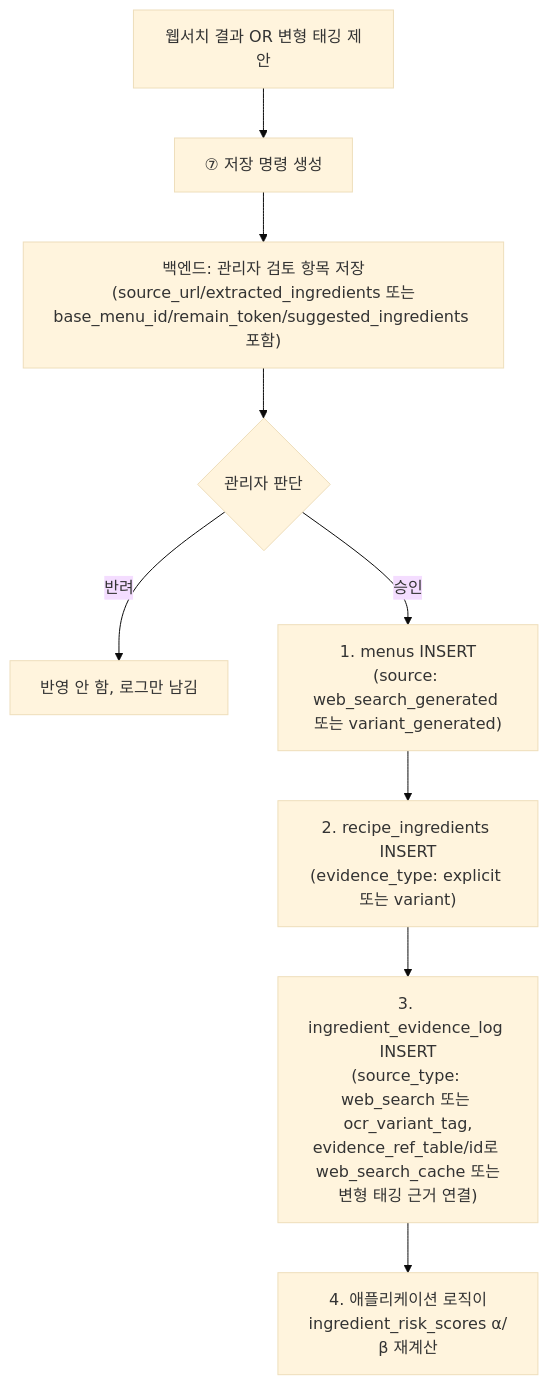
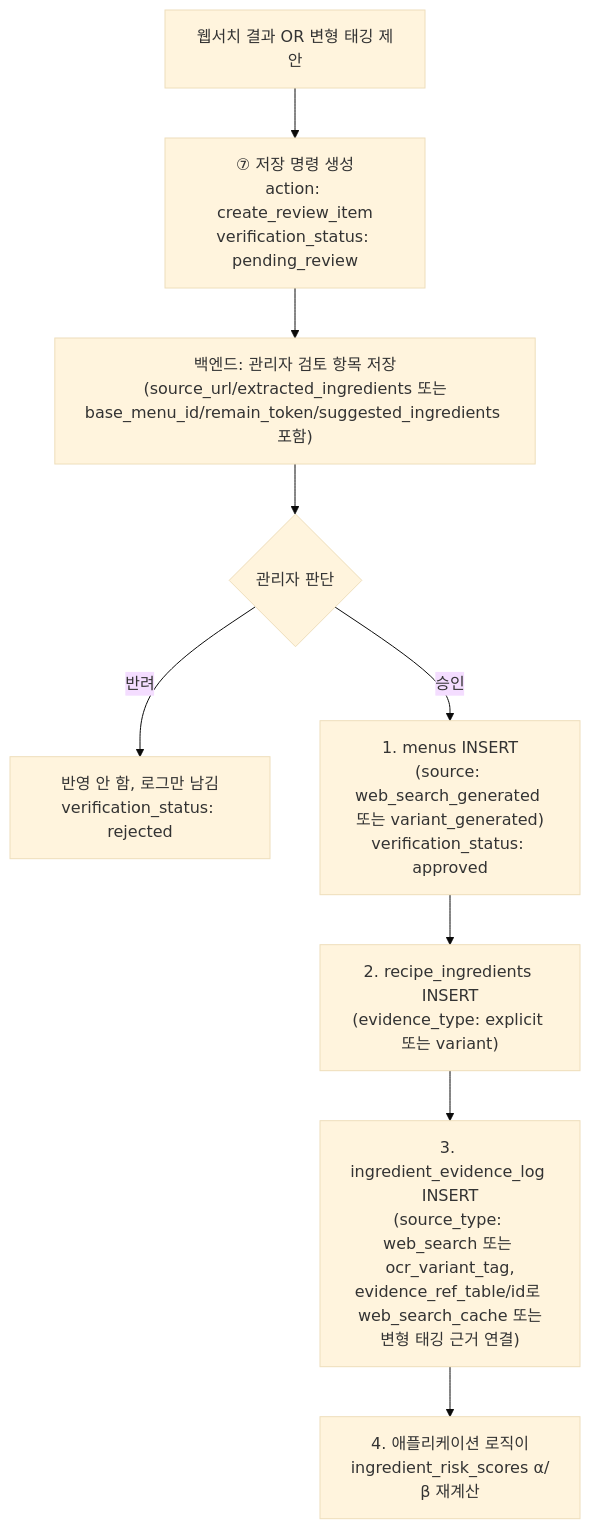
The second of 4 diagrams in docs/agent-7-dbupdate.md (Han-Spoon/ai), drawn with Mermaid (base theme) before and after one commit. The commit also changed other lines of this file and 2 other files, not shown here.

````diff
--- a/docs/agent-7-dbupdate.md
+++ b/docs/agent-7-dbupdate.md
@@ -97,11 +168,11 @@
 ```mermaid
 flowchart TD
-    IN["웹서치 결과 OR 변형 태깅 제안"] --> CMD["⑦ 저장 명령 생성"]
+    IN["웹서치 결과 OR 변형 태깅 제안"] --> CMD["⑦ 저장 명령 생성<br/>action: create_review_item<br/>verification_status: pending_review"]
     CMD --> REVIEW["백엔드: 관리자 검토 항목 저장<br/>(source_url/extracted_ingredients 또는<br/>base_menu_id/remain_token/suggested_ingredients 포함)"]
     REVIEW --> WAIT{관리자 판단}
-    WAIT -->|반려| DROP["반영 안 함, 로그만 남김"]
-    WAIT -->|승인| M1["1. menus INSERT<br/>(source: web_search_generated 또는 variant_generated)"]
+    WAIT -->|반려| DROP["반영 안 함, 로그만 남김<br/>verification_status: rejected"]
+    WAIT -->|승인| M1["1. menus INSERT<br/>(source: web_search_generated 또는 variant_generated)<br/>verification_status: approved"]
     M1 --> M2["2. recipe_ingredients INSERT<br/>(evidence_type: explicit 또는 variant)"]
     M2 --> M3["3. ingredient_evidence_log INSERT<br/>(source_type: web_search 또는 ocr_variant_tag,<br/>evidence_ref_table/id로 web_search_cache 또는<br/>변형 태깅 근거 연결)"]
     M3 --> M4["4. 애플리케이션 로직이<br/>ingredient_risk_scores α/β 재계산"]
 ```
````
